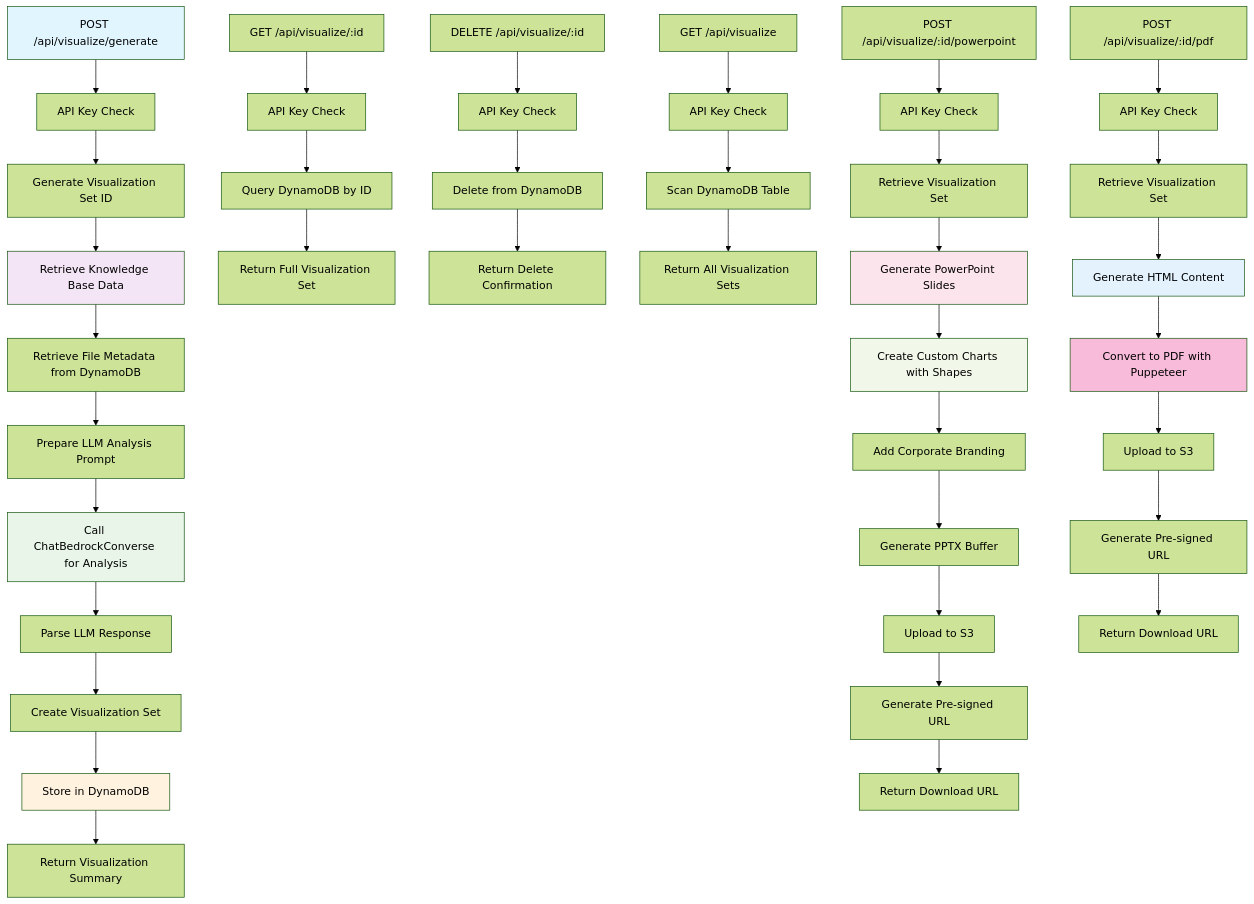
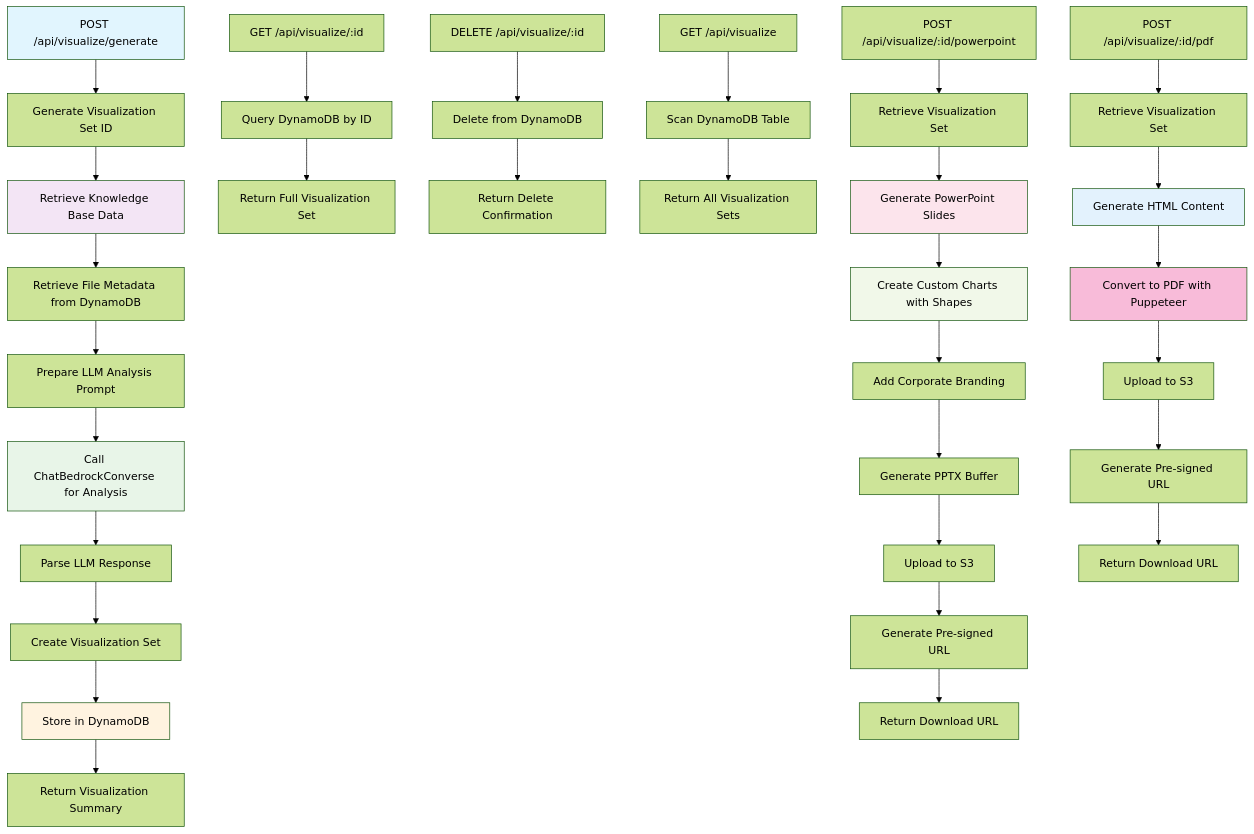
One commit to Mostrom-LLC/starfire-server changed the diagram in diagrams/visualization-routes.md. Above: the diagram before and after it, drawn with Mermaid (forest theme). The commit also changed other lines of this file and 3 other files, not shown here.

Commit message:
refactor: remove API key validation and unused Bedrock client code

````diff
--- a/diagrams/visualization-routes.md
+++ b/diagrams/visualization-routes.md
@@ -3,52 +3,46 @@
 ```mermaid
 graph TD
-    A[POST /api/visualize/generate] --> B[API Key Check]
-    B --> C[Generate Visualization Set ID]
-    C --> D[Retrieve Knowledge Base Data]
-    D --> E[Retrieve File Metadata from DynamoDB]
-    E --> F[Prepare LLM Analysis Prompt]
-    F --> G[Call ChatBedrockConverse for Analysis]
-    G --> H[Parse LLM Response]
-    H --> I[Create Visualization Set]
-    I --> J[Store in DynamoDB]
-    J --> K[Return Visualization Summary]
+    A[POST /api/visualize/generate] --> B[Generate Visualization Set ID]
+    B --> C[Retrieve Knowledge Base Data]
+    C --> D[Retrieve File Metadata from DynamoDB]
+    D --> E[Prepare LLM Analysis Prompt]
+    E --> F[Call ChatBedrockConverse for Analysis]
+    F --> G[Parse LLM Response]
+    G --> H[Create Visualization Set]
+    H --> I[Store in DynamoDB]
+    I --> J[Return Visualization Summary]
     
-    L[GET /api/visualize/:id] --> M[API Key Check]
-    M --> N[Query DynamoDB by ID]
-    N --> O[Return Full Visualization Set]
+    K[GET /api/visualize/:id] --> L[Query DynamoDB by ID]
+    L --> M[Return Full Visualization Set]
     
-    P[DELETE /api/visualize/:id] --> Q[API Key Check]
-    Q --> R[Delete from DynamoDB]
-    R --> S[Return Delete Confirmation]
+    N[DELETE /api/visualize/:id] --> O[Delete from DynamoDB]
+    O --> P[Return Delete Confirmation]
     
-    T[GET /api/visualize] --> U[API Key Check]
-    U --> V[Scan DynamoDB Table]
-    V --> W[Return All Visualization Sets]
+    Q[GET /api/visualize] --> R[Scan DynamoDB Table]
+    R --> S[Return All Visualization Sets]
     
-    X[POST /api/visualize/:id/powerpoint] --> Y[API Key Check]
-    Y --> Z[Retrieve Visualization Set]
-    Z --> AA[Generate PowerPoint Slides]
-    AA --> BB[Create Custom Charts with Shapes]
-    BB --> CC[Add Corporate Branding]
-    CC --> DD[Generate PPTX Buffer]
-    DD --> EE[Upload to S3]
-    EE --> FF[Generate Pre-signed URL]
-    FF --> GG[Return Download URL]
+    T[POST /api/visualize/:id/powerpoint] --> U[Retrieve Visualization Set]
+    U --> V[Generate PowerPoint Slides]
+    V --> W[Create Custom Charts with Shapes]
+    W --> X[Add Corporate Branding]
+    X --> Y[Generate PPTX Buffer]
+    Y --> Z[Upload to S3]
+    Z --> AA[Generate Pre-signed URL]
+    AA --> BB[Return Download URL]
     
-    HH[POST /api/visualize/:id/pdf] --> II[API Key Check]
-    II --> JJ[Retrieve Visualization Set]
-    JJ --> KK[Generate HTML Content]
-    KK --> LL[Convert to PDF with Puppeteer]
-    LL --> MM[Upload to S3]
-    MM --> NN[Generate Pre-signed URL]
-    NN --> OO[Return Download URL]
+    CC[POST /api/visualize/:id/pdf] --> DD[Retrieve Visualization Set]
+    DD --> EE[Generate HTML Content]
+    EE --> FF[Convert to PDF with Puppeteer]
+    FF --> GG[Upload to S3]
+    GG --> HH[Generate Pre-signed URL]
+    HH --> II[Return Download URL]
     
     style A fill:#e1f5fe
-    style D fill:#f3e5f5
-    style G fill:#e8f5e8
-    style J fill:#fff3e0
-    style AA fill:#fce4ec
-    style BB fill:#f1f8e9
-    style KK fill:#e3f2fd
-    style LL fill:#f8bbd9
+    style C fill:#f3e5f5
+    style F fill:#e8f5e8
+    style I fill:#fff3e0
+    style V fill:#fce4ec
+    style W fill:#f1f8e9
+    style EE fill:#e3f2fd
+    style FF fill:#f8bbd9
 ```
````
